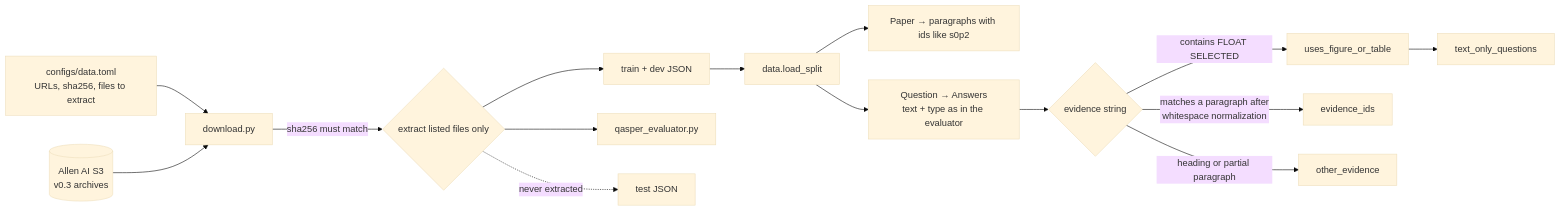
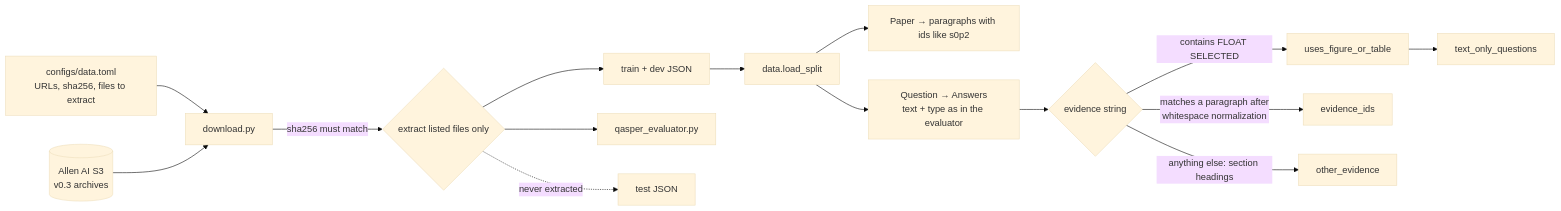
The diagram in docs/explainers/2026-10-09-m0-data.md (bhavya94/reflection-agent-for-paper-qa), drawn with Mermaid (base theme) before and after one commit. The commit also changed other lines of this file and 7 other files, not shown here.

````diff
--- a/docs/explainers/2026-10-09-m0-data.md
+++ b/docs/explainers/2026-10-09-m0-data.md
@@ -14,17 +14,17 @@
 ```mermaid
 flowchart LR
     CFG[configs/data.toml<br/>URLs, sha256, files to extract] --> DL[download.py]
     S3[(Allen AI S3<br/>v0.3 archives)] --> DL
     DL -->|sha256 must match| X{extract listed files only}
     X --> TD[train + dev JSON]
     X --> EV[qasper_evaluator.py]
     X -.->|never extracted| TEST[test JSON]
     TD --> LS[data.load_split]
     LS --> P["Paper → paragraphs with ids like s0p2"]
     LS --> Q[Question → Answers<br/>text + type as in the evaluator]
     Q --> M{evidence string}
     M -->|contains FLOAT SELECTED| FT[uses_figure_or_table]
     M -->|matches a paragraph after<br/>whitespace normalization| EID[evidence_ids]
-    M -->|heading or partial paragraph| OE[other_evidence]
+    M -->|anything else: section headings| OE[other_evidence]
     FT --> TO[text_only_questions]
 ```
````
